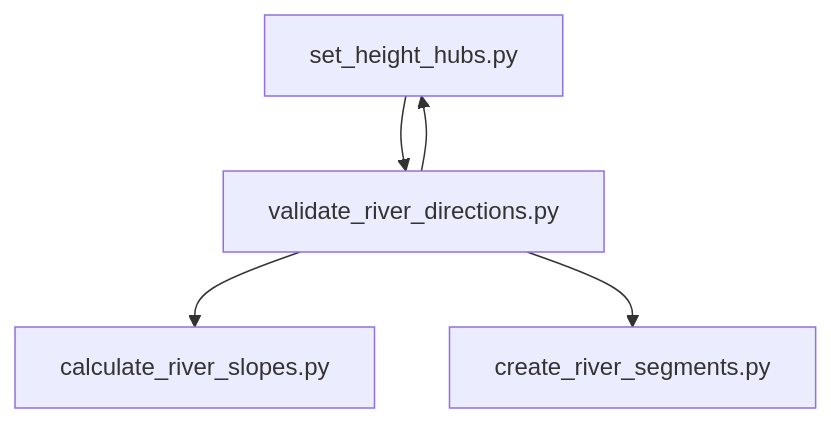
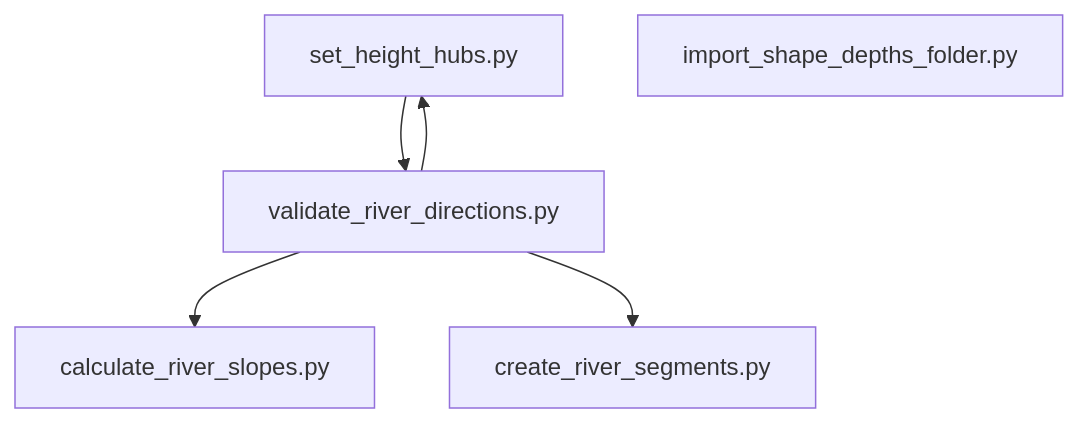
One commit to Simulation-of-Traffic-and-Transport/SiTT changed the diagram in examples/README.md. Above: the diagram before and after it, drawn with Mermaid. The commit also changed other lines of this file and 1 other file, not shown here.

Commit message:
Create import shape depths table from shape files in folder.

````diff
--- a/examples/README.md
+++ b/examples/README.md
@@ -49,12 +51,13 @@
 ```mermaid
 flowchart TB
     
 HUBS[set_height_hubs.py]
 VALIDATE[validate_river_directions.py]
 SLOPES[calculate_river_slopes.py]
 SEGMENTS[create_river_segments.py]
+IMPORT_DEPTHS[import_shape_depths_folder.py]
 
 HUBS --> VALIDATE --> SLOPES
 VALIDATE --> HUBS
 VALIDATE --> SEGMENTS
 ```
````
